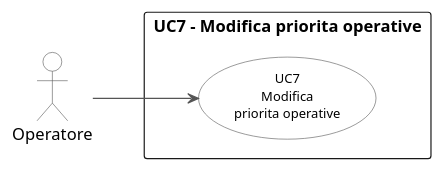
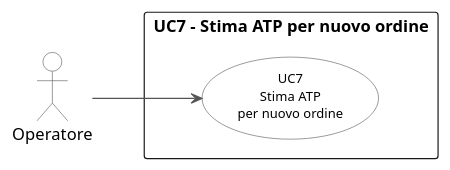
The diagram in plantuml/usecase/uc7.puml (Faverooo/Tesi-MarcoFavero), drawn with PlantUML before and after one commit. The commit also changed 20 other files, not shown here.

```diff
--- a/plantuml/usecase/uc7.puml
+++ b/plantuml/usecase/uc7.puml
@@ -1,22 +1,22 @@
 @startuml uc7
 left to right direction
 skinparam backgroundColor white
 skinparam usecase {
     BackgroundColor White
     BorderColor #555555
     ArrowColor #555555
     FontSize 11
 }
 skinparam actor {
     BackgroundColor White
     BorderColor #555555
 }
 
 actor "Operatore" as op
 
-rectangle "UC7 - Modifica priorita operative" {
-    (UC7\nModifica\npriorita operative) as UC7
+rectangle "UC7 - Stima ATP per nuovo ordine" {
+    (UC7\nStima ATP\nper nuovo ordine) as UC7
 }
 
 op --> UC7
 @enduml
```
